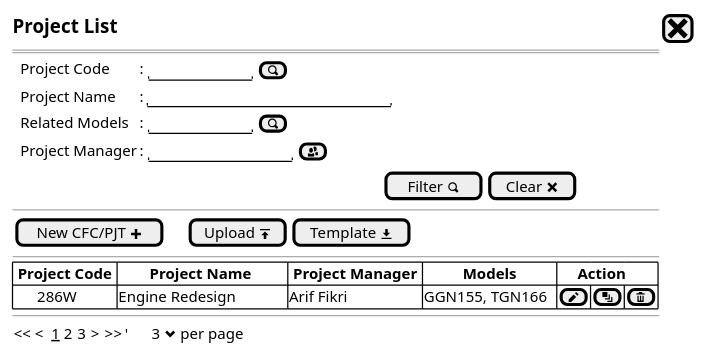
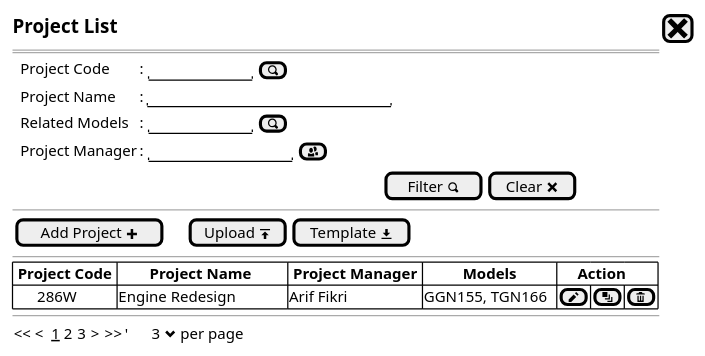
The diagram in Project/project - new step0a.puml (ari-fikri/packing-cost-mockup), drawn with PlantUML before and after one commit. The commit also changed 2 other files, not shown here.

Commit message:
Change button caption into Add Project

```diff
--- a/Project/project - new step0a.puml
+++ b/Project/project - new step0a.puml
@@ -1,26 +1,26 @@
 @startsalt
 {
   <size:15><b>Project List|[<size:25><&x>]|*
   ==
   {
     .|Project Code      |: {|"          "|[<&magnifying-glass>]|}*
     .|Project Name      |: |"                        "|*    
     .|Related Models    |: {|"          "| [<&magnifying-glass>]|}*
     .|Project Manager |: {|"              "|[<&people>]|}*
   }
   {|                                                                                              |[Filter <&magnifying-glass>]|[Clear <&x>]|}
   --
   {
-  [New CFC/PJT <&plus>]|.|.|.|[Upload <&data-transfer-upload>]| [Template <&data-transfer-download>]|*
+    [Add Project <&plus>]|.|.|.|[Upload <&data-transfer-upload>]| [Template <&data-transfer-download>]|*
   }
   --
   {#
     | <b>Project Code |        <b>Project Name         | <b>Project Manager |          <b>Models          |<b>     Action      |*|*|*
     |       286W      | Engine Redesign                | Arif Fikri         | GGN155, TGN166              |[<&pencil>]|[<&layers>]|[<&trash>]|*
   }
   --
   {
   << <  __1__ 2 3  > >>  |'      3 <&chevron-bottom> per page |*
   }
 }
 @endsalt
```
